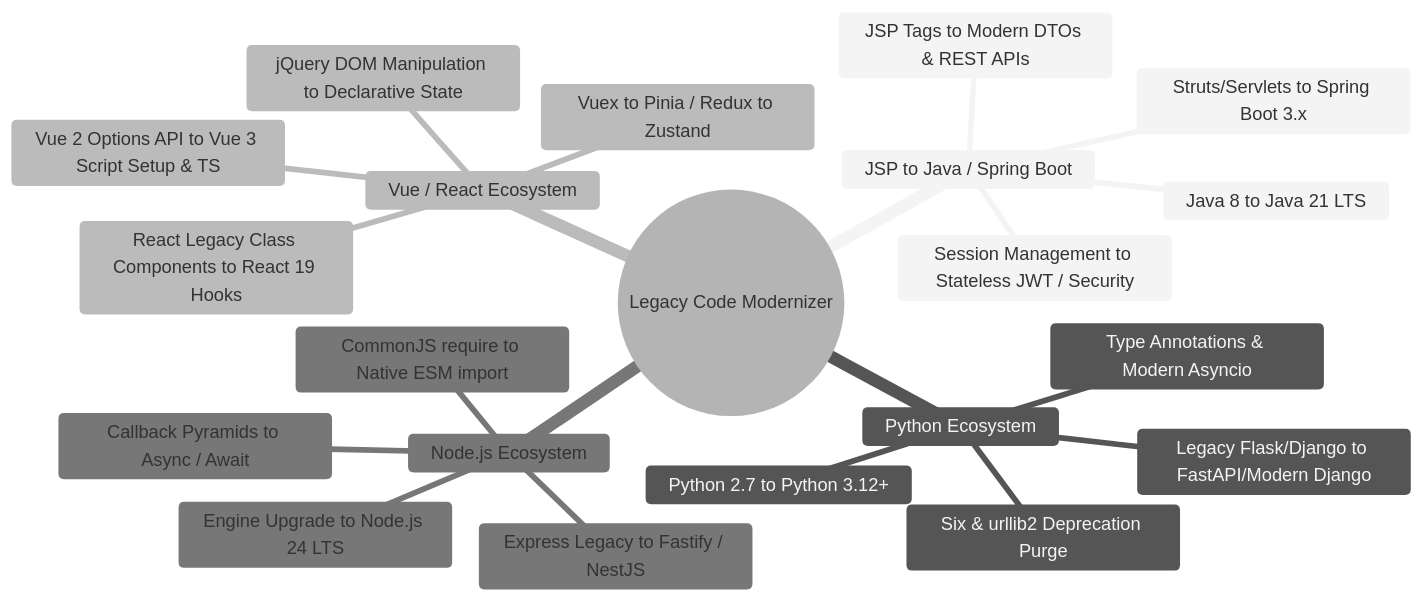
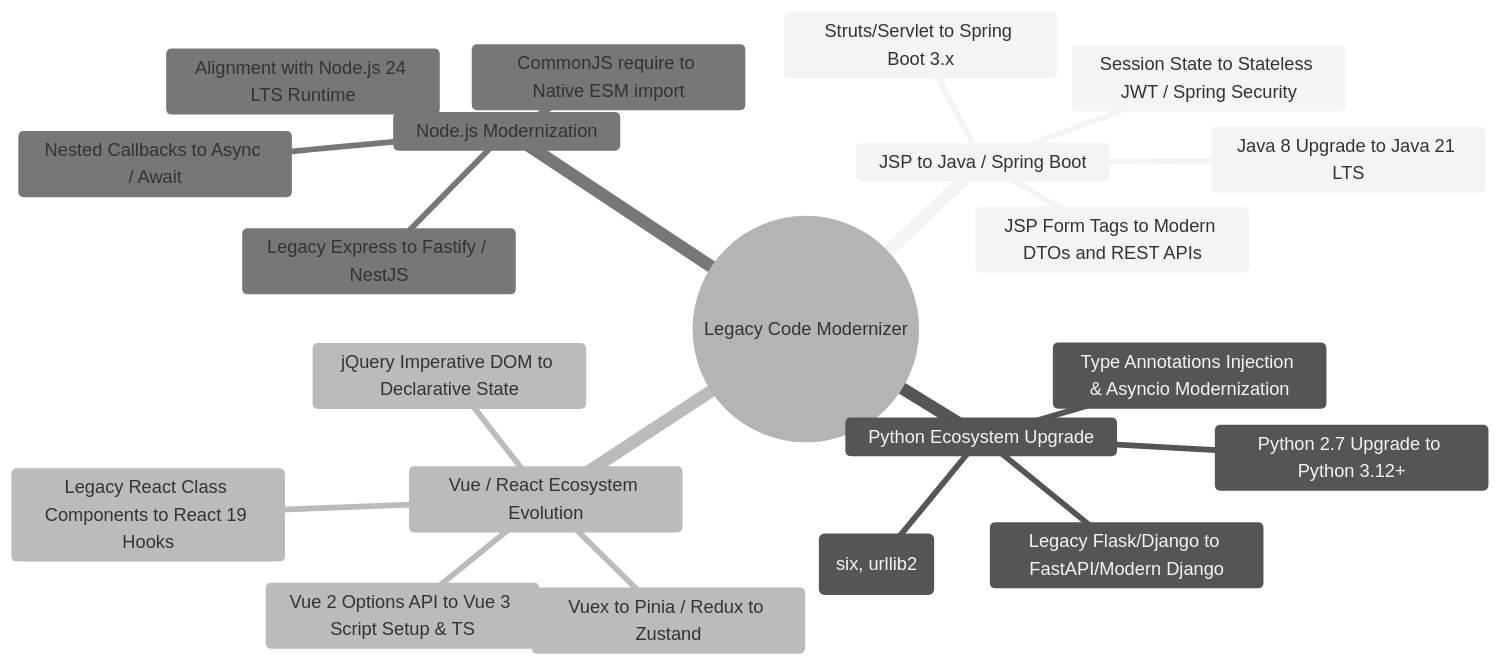
One commit to SakuraCianna/LegacyCodeModernizer changed the first of 4 diagrams in README.md. Above: the diagram before and after it, drawn with Mermaid (neutral theme). The commit also changed other lines of this file and 3 other files, not shown here.

````diff
--- a/README.md
+++ b/README.md
@@ -42,24 +42,24 @@
 ```mermaid
 mindmap
   root((Legacy Code Modernizer))
     JSP to Java / Spring Boot
-      JSP Tags to Modern DTOs & REST APIs
-      Struts/Servlets to Spring Boot 3.x
-      Session Management to Stateless JWT / Security
-      Java 8 to Java 21 LTS
-    Python Ecosystem
-      Python 2.7 to Python 3.12+
+      JSP Form Tags to Modern DTOs and REST APIs
+      Struts/Servlet to Spring Boot 3.x
+      Session State to Stateless JWT / Spring Security
+      Java 8 Upgrade to Java 21 LTS
+    Python Ecosystem Upgrade
+      Python 2.7 Upgrade to Python 3.12+
       Legacy Flask/Django to FastAPI/Modern Django
-      Type Annotations & Modern Asyncio
-      Six & urllib2 Deprecation Purge
-    Vue / React Ecosystem
+      Type Annotations Injection & Asyncio Modernization
+      Clean up Deprecated Libraries (six, urllib2)
+    Vue / React Ecosystem Evolution
       Vue 2 Options API to Vue 3 Script Setup & TS
-      React Legacy Class Components to React 19 Hooks
-      jQuery DOM Manipulation to Declarative State
+      Legacy React Class Components to React 19 Hooks
+      jQuery Imperative DOM to Declarative State
       Vuex to Pinia / Redux to Zustand
-    Node.js Ecosystem
+    Node.js Modernization
       CommonJS require to Native ESM import
-      Callback Pyramids to Async / Await
-      Express Legacy to Fastify / NestJS
-      Engine Upgrade to Node.js 24 LTS
+      Nested Callbacks to Async / Await
+      Legacy Express to Fastify / NestJS
+      Alignment with Node.js 24 LTS Runtime
 ```
````
